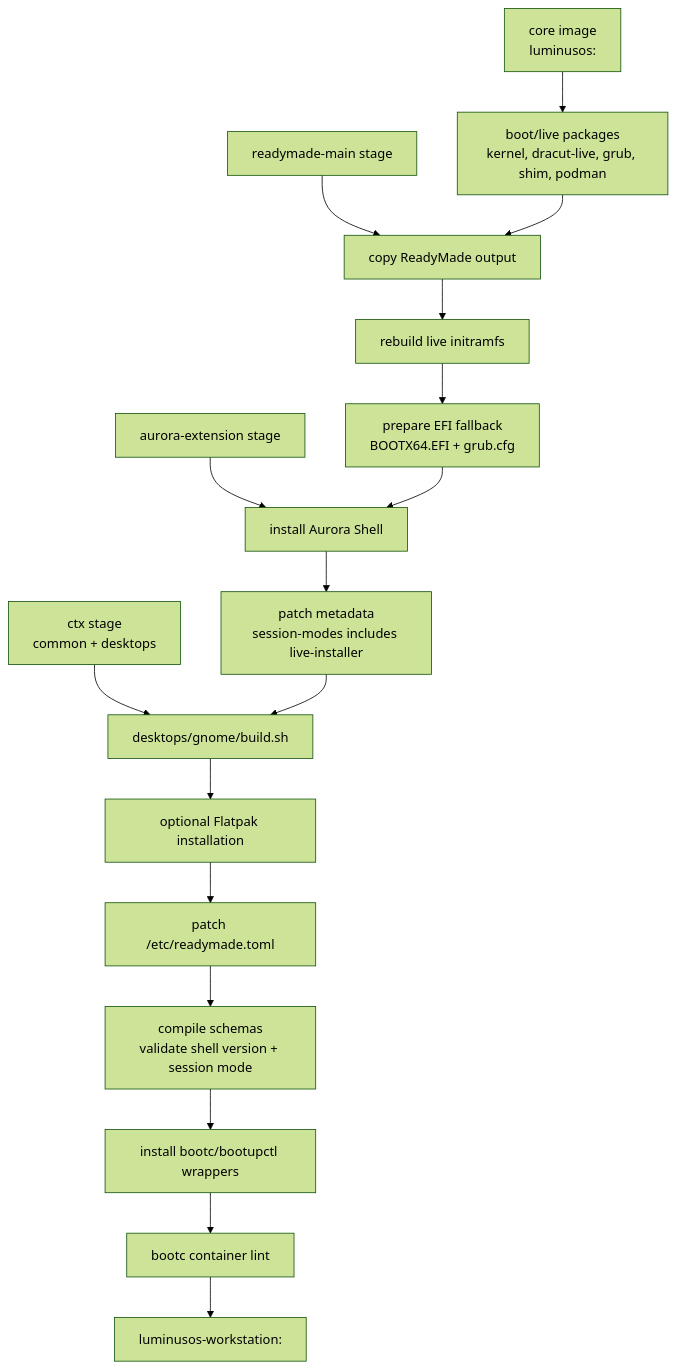
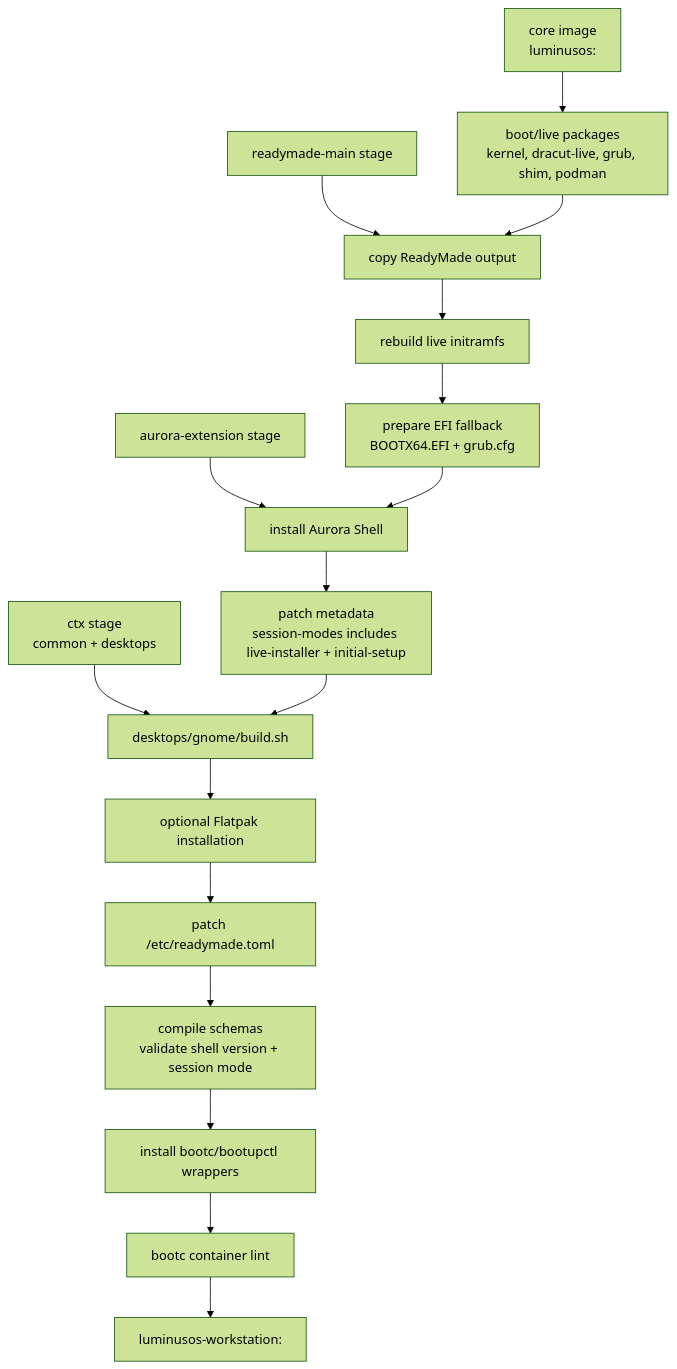
The fourth of 15 diagrams in ARCHITECTURE.md (luminusOS/images), drawn with Mermaid (forest theme) before and after one commit. The commit also changed other lines of this file and 8 other files, not shown here.

````diff
--- a/ARCHITECTURE.md
+++ b/ARCHITECTURE.md
@@ -203,26 +203,26 @@
 ```mermaid
 flowchart TD
     Ctx["ctx stage<br/>common + desktops"]
     AuroraStage["aurora-extension stage"]
     ReadyMadeStage["readymade-main stage"]
     CoreImage["core image<br/>luminusos:<tag>"]
     BootPkgs["boot/live packages<br/>kernel, dracut-live, grub, shim, podman"]
     CopyReadyMade["copy ReadyMade output"]
     Dracut["rebuild live initramfs"]
     EFI["prepare EFI fallback<br/>BOOTX64.EFI + grub.cfg"]
     CopyAurora["install Aurora Shell"]
-    PatchAurora["patch metadata<br/>session-modes includes live-installer"]
+    PatchAurora["patch metadata<br/>session-modes includes live-installer + initial-setup"]
     GnomeBuild["desktops/gnome/build.sh"]
     Flatpaks["optional Flatpak installation"]
     ReadyMadeConfig["patch /etc/readymade.toml"]
     ValidateAurora["compile schemas<br/>validate shell version + session mode"]
     Wrappers["install bootc/bootupctl wrappers"]
     Lint["bootc container lint"]
     Output["luminusos-workstation:<tag>"]
 
     Ctx --> GnomeBuild
     AuroraStage --> CopyAurora
     ReadyMadeStage --> CopyReadyMade
     CoreImage --> BootPkgs --> CopyReadyMade --> Dracut --> EFI --> CopyAurora --> PatchAurora --> GnomeBuild
     GnomeBuild --> Flatpaks --> ReadyMadeConfig --> ValidateAurora --> Wrappers --> Lint --> Output
 ```
````
